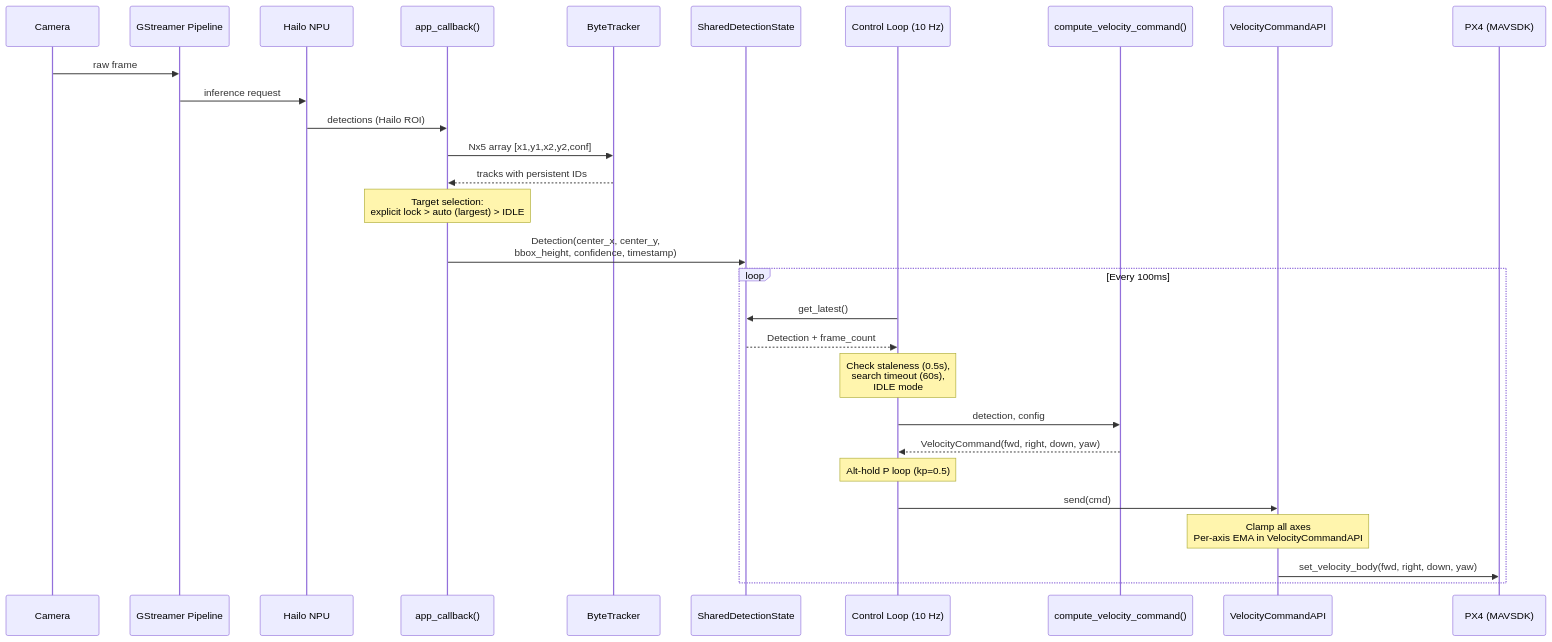
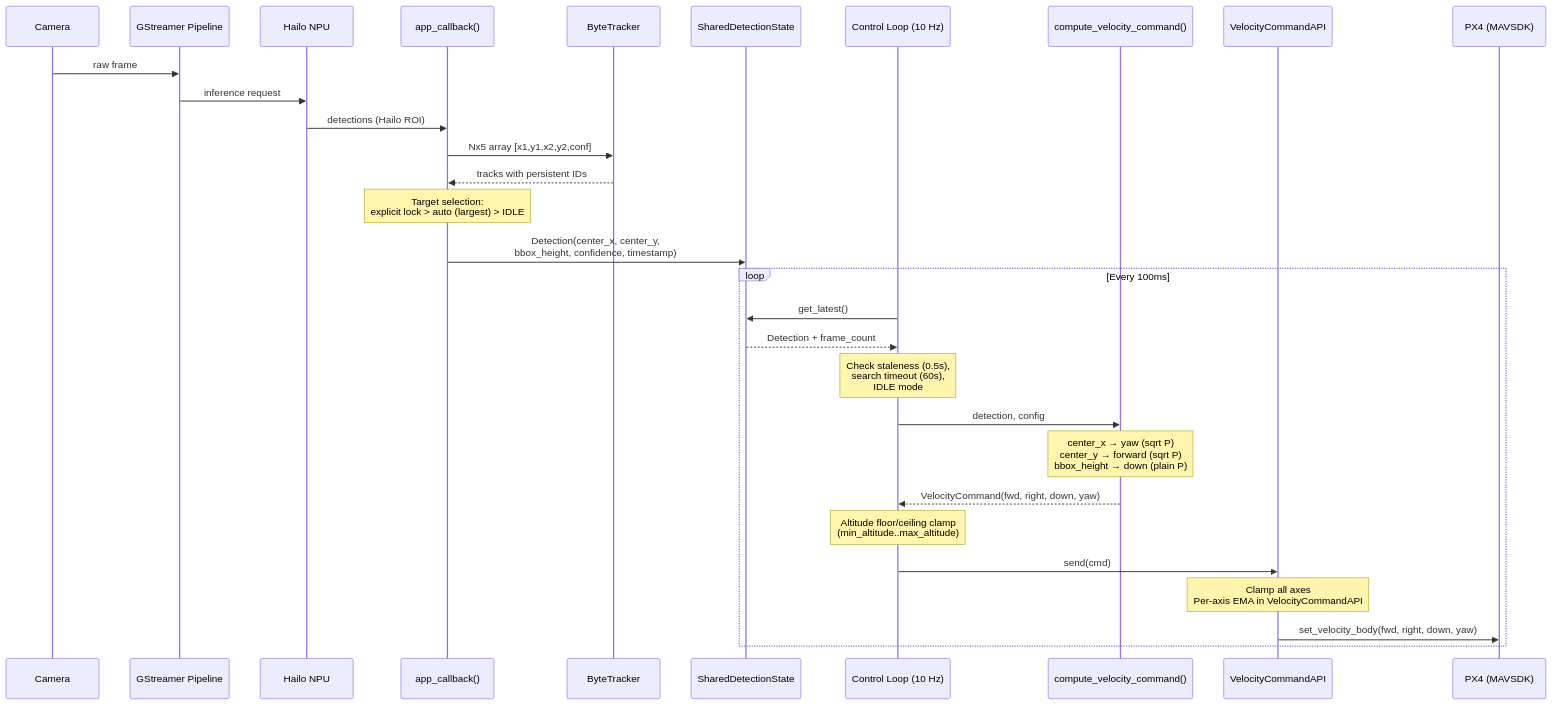
One commit to guyzigdons-apps/hailo-drone-follow changed the fourth of 11 diagrams in docs/design-review.md. Above: the diagram before and after it, drawn with Mermaid. The commit also changed other lines of this file and 11 other files, not shown here.

First line of the commit message:
refactor: decoupled forward/altitude control — center_y → forward, bbox_height → altitude

````diff
--- a/docs/design-review.md
+++ b/docs/design-review.md
@@ -188,33 +188,34 @@
 ```mermaid
 sequenceDiagram
     participant CAM as Camera
     participant GST as GStreamer Pipeline
     participant HAILO as Hailo NPU
     participant CB as app_callback()
     participant BT as ByteTracker
     participant SDS as SharedDetectionState
     participant CL as Control Loop (10 Hz)
     participant CTRL as compute_velocity_command()
     participant VAPI as VelocityCommandAPI
     participant PX4 as PX4 (MAVSDK)
 
     CAM->>GST: raw frame
     GST->>HAILO: inference request
     HAILO->>CB: detections (Hailo ROI)
     CB->>BT: Nx5 array [x1,y1,x2,y2,conf]
     BT-->>CB: tracks with persistent IDs
     Note over CB: Target selection:<br/>explicit lock > auto (largest) > IDLE
     CB->>SDS: Detection(center_x, center_y,<br/>bbox_height, confidence, timestamp)
 
     loop Every 100ms
         CL->>SDS: get_latest()
         SDS-->>CL: Detection + frame_count
         Note over CL: Check staleness (0.5s),<br/>search timeout (60s),<br/>IDLE mode
         CL->>CTRL: detection, config
+        Note over CTRL: center_x → yaw (sqrt P)<br/>center_y → forward (sqrt P)<br/>bbox_height → down (plain P)
         CTRL-->>CL: VelocityCommand(fwd, right, down, yaw)
-        Note over CL: Alt-hold P loop (kp=0.5)
+        Note over CL: Altitude floor/ceiling clamp<br/>(min_altitude..max_altitude)
         CL->>VAPI: send(cmd)
         Note over VAPI: Clamp all axes<br/>Per-axis EMA in VelocityCommandAPI
         VAPI->>PX4: set_velocity_body(fwd, right, down, yaw)
     end
 ```
````
